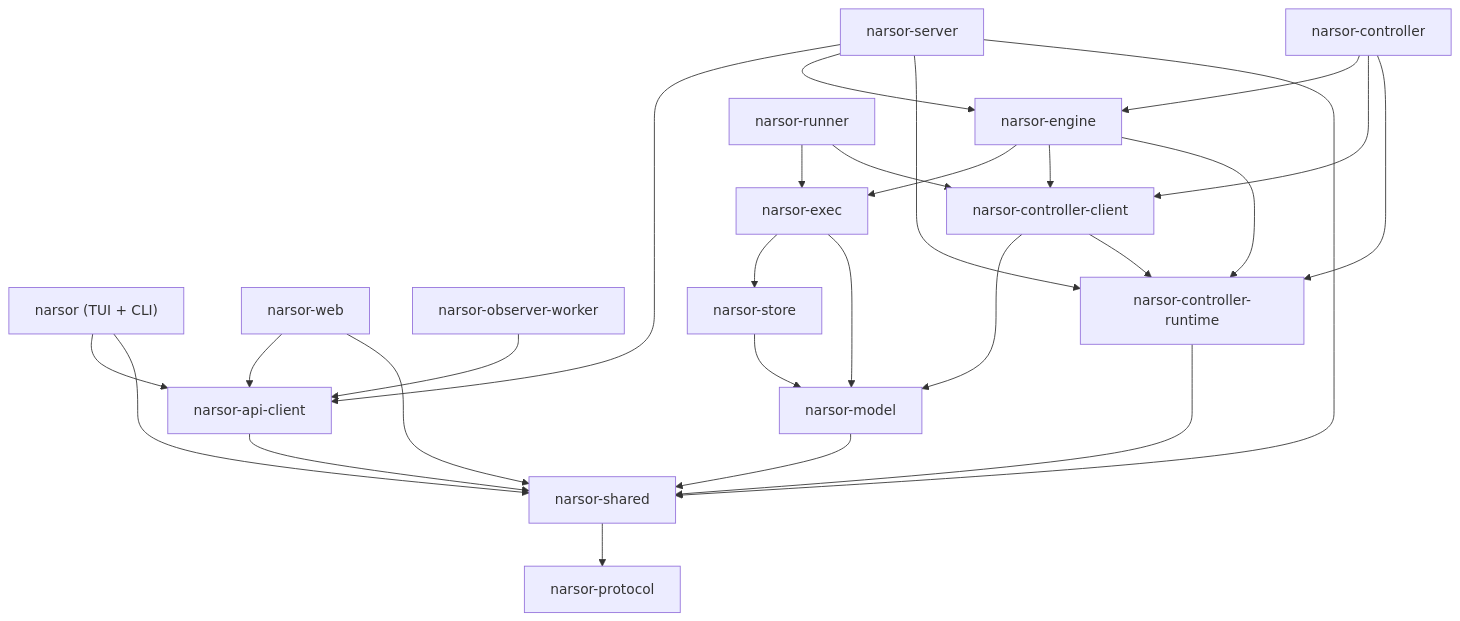
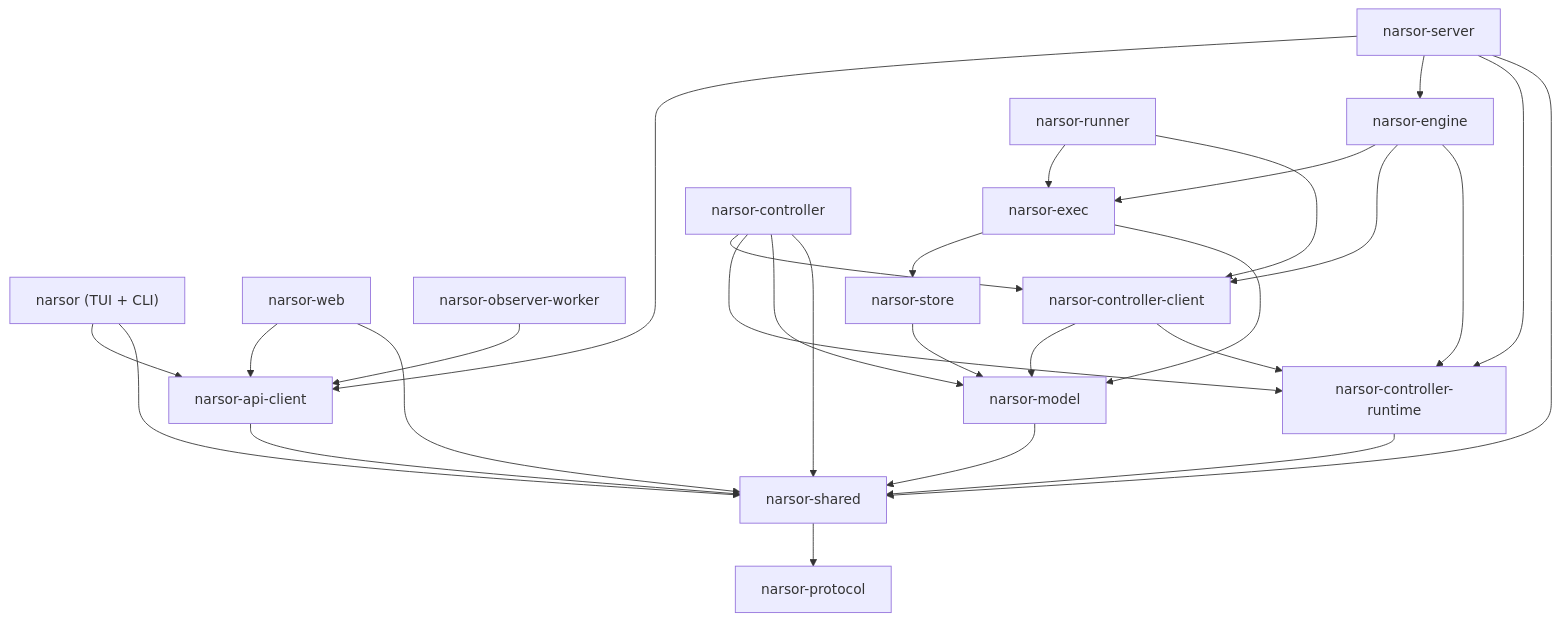
Before and after one commit to glakartur/narsor: the first of 2 diagrams in docs/dev/components.md, drawn with Mermaid. The commit also changed other lines of this file and 29 other files, not shown here.

First line of the commit message:
♻️ [NARSOR] refactor(controller): split the local backend by runner kind and drop the engine dependency (#128)

````diff
--- a/docs/dev/components.md
+++ b/docs/dev/components.md
@@ -33,29 +33,30 @@
 ```mermaid
 graph TD
   narsor["narsor (TUI + CLI)"] --> api[narsor-api-client]
   web[narsor-web] --> api
   obs[narsor-observer-worker] --> api
   server[narsor-server] --> api
   server --> engine[narsor-engine]
   server --> cr[narsor-controller-runtime]
   runner[narsor-runner] --> exec[narsor-exec]
   runner --> cc[narsor-controller-client]
-  ctrl[narsor-controller] --> engine
-  ctrl --> cc
+  ctrl[narsor-controller] --> cc
   ctrl --> cr
+  ctrl --> model
   engine --> exec
   engine --> cc
   engine --> cr
   exec --> store[narsor-store]
   exec --> model[narsor-model]
   store --> model
   cc --> model
   cc --> cr
   model --> shared[narsor-shared]
+  ctrl --> shared
   api --> shared
   cr --> shared
   web --> shared
   narsor --> shared
   server --> shared
   shared --> protocol[narsor-protocol]
 ```
````
